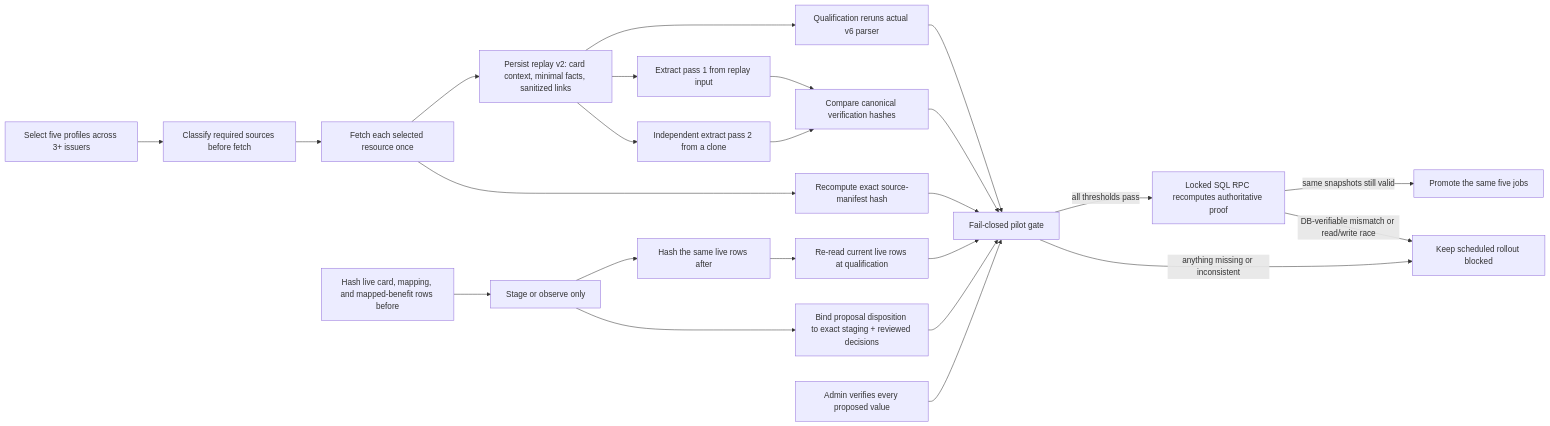
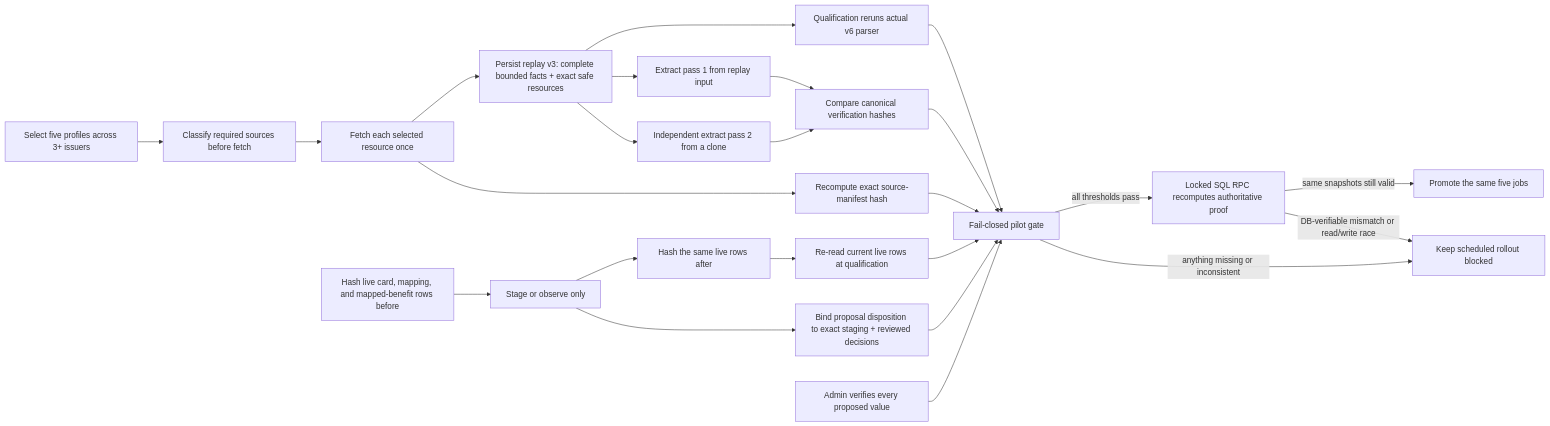
The first of 4 diagrams in docs/architecture/card-ingestion-modernization-review.md (shantanuchandra/cardcompass), drawn with Mermaid before and after one commit. The commit also changed other lines of this file and 12 other files, not shown here.

````diff
--- a/docs/architecture/card-ingestion-modernization-review.md
+++ b/docs/architecture/card-ingestion-modernization-review.md
@@ -259,26 +259,26 @@
 ```mermaid
 flowchart LR
     S["Select five profiles across 3+ issuers"] --> D["Classify required sources before fetch"]
     D --> F["Fetch each selected resource once"]
-    F --> I["Persist replay v2: card context, minimal facts, sanitized links"]
+    F --> I["Persist replay v3: complete bounded facts + exact safe resources"]
     I --> R1["Extract pass 1 from replay input"]
     I --> R2["Independent extract pass 2 from a clone"]
     R1 --> H["Compare canonical verification hashes"]
     R2 --> H
     F --> M["Recompute exact source-manifest hash"]
     B["Hash live card, mapping, and mapped-benefit rows before"] --> P["Stage or observe only"]
     P --> A["Hash the same live rows after"]
     A --> C["Re-read current live rows at qualification"]
     P --> T["Bind proposal disposition to exact staging + reviewed decisions"]
     I --> RR["Qualification reruns actual v6 parser"]
     RR --> G["Fail-closed pilot gate"]
     H --> G
     M --> G
     C --> G
     T --> G
     V["Admin verifies every proposed value"] --> G
     G -->|"all thresholds pass"| Q["Locked SQL RPC recomputes authoritative proof"]
     Q -->|"same snapshots still valid"| O["Promote the same five jobs"]
     Q -->|"DB-verifiable mismatch or read/write race"| X
     G -->|"anything missing or inconsistent"| X["Keep scheduled rollout blocked"]
 ```
````
